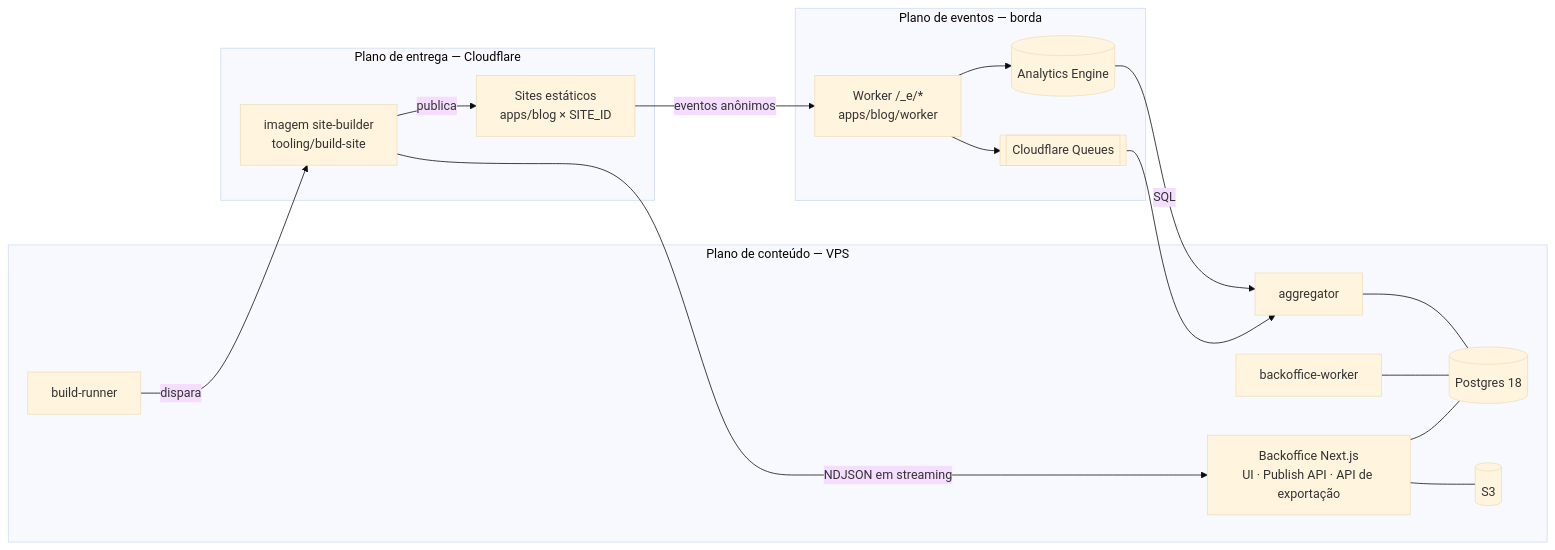
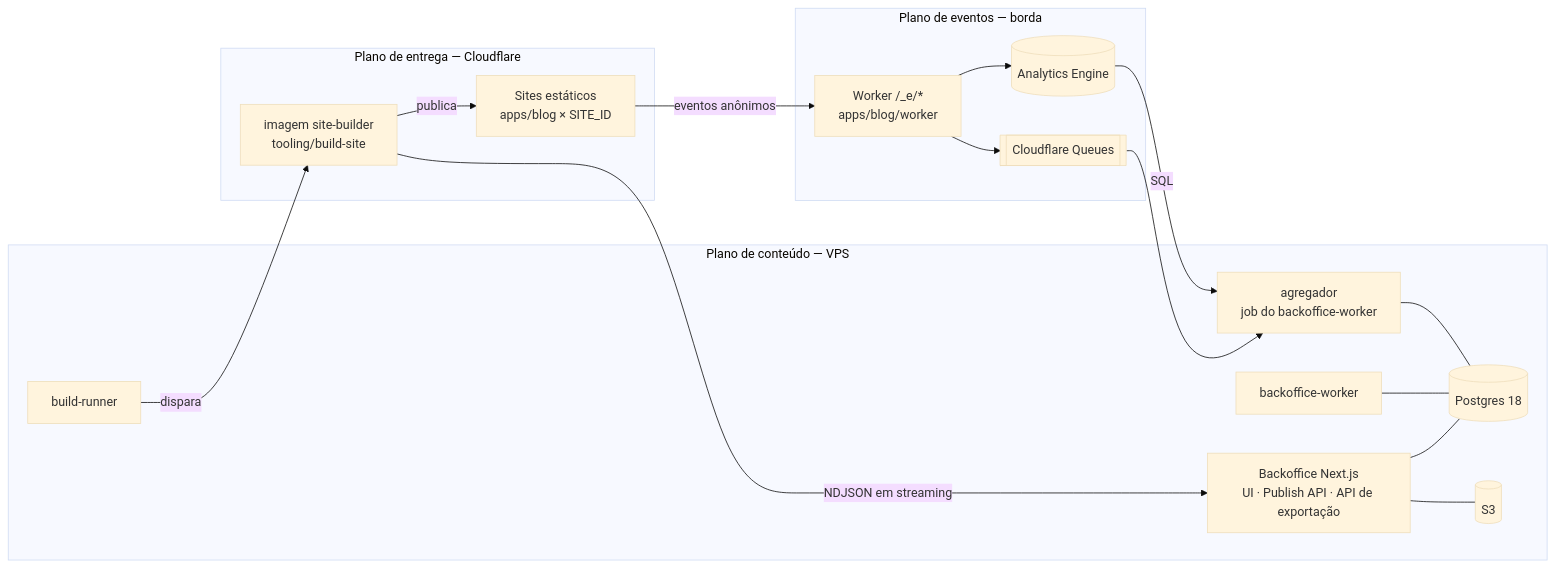
Before and after one commit to Orakel-AI-Content/platform: the diagram in docs/architecture/overview.md, drawn with Mermaid (base theme). The commit also changed other lines of this file and 115 other files, not shown here.

````diff
--- a/docs/architecture/overview.md
+++ b/docs/architecture/overview.md
@@ -16,32 +16,32 @@
 ```mermaid
 flowchart LR
   subgraph Conteúdo [Plano de conteúdo — VPS]
     BO[Backoffice Next.js<br/>UI · Publish API · API de exportação]
     W[backoffice-worker]
     BR[build-runner]
-    AG[aggregator]
+    AG[agregador<br/>job do backoffice-worker]
     PG[(Postgres 18)]
     S3[(S3)]
     BO --- PG
     W --- PG
     AG --- PG
     BO --- S3
   end
   subgraph Entrega [Plano de entrega — Cloudflare]
     SB[imagem site-builder<br/>tooling/build-site]
     SITE[Sites estáticos<br/>apps/blog × SITE_ID]
   end
   subgraph Eventos [Plano de eventos — borda]
     EW[Worker /_e/*<br/>apps/blog/worker]
     AE[(Analytics Engine)]
     Q[[Cloudflare Queues]]
   end
   BR -->|dispara| SB
   SB -->|NDJSON em streaming| BO
   SB -->|publica| SITE
   SITE -->|eventos anônimos| EW
   EW --> AE
   EW --> Q
   Q --> AG
   AE -->|SQL| AG
 ```
````
